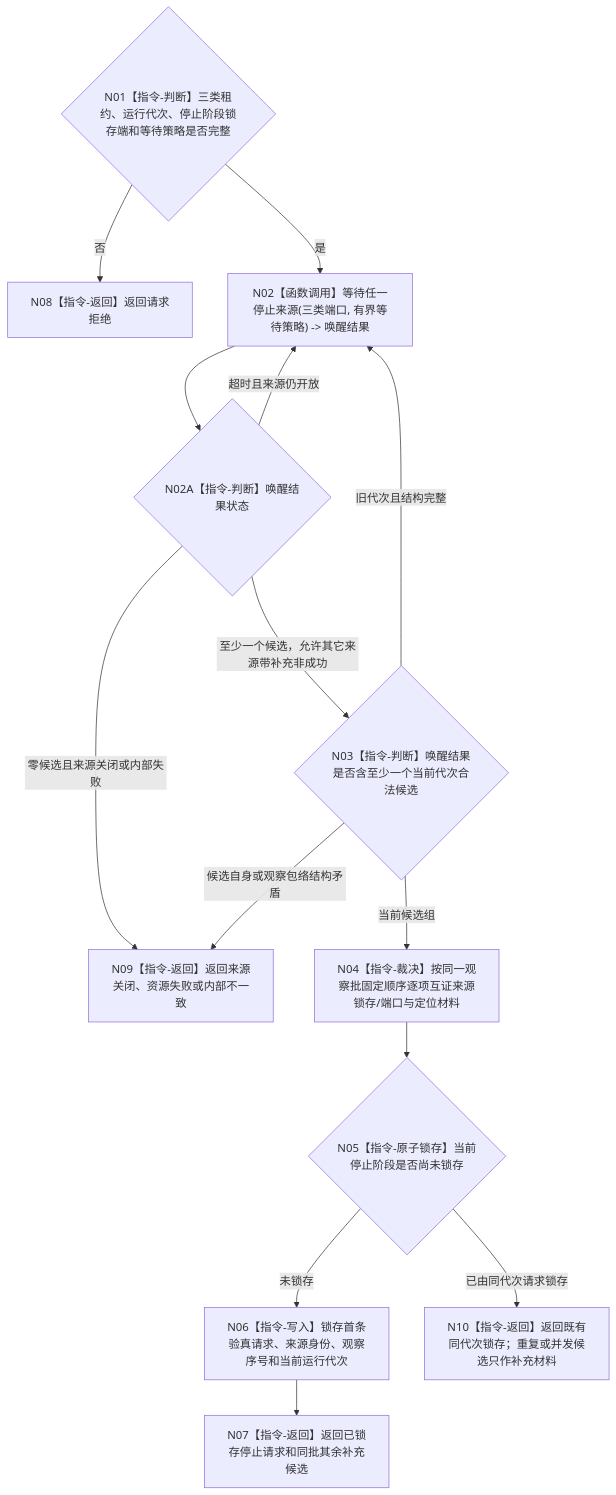
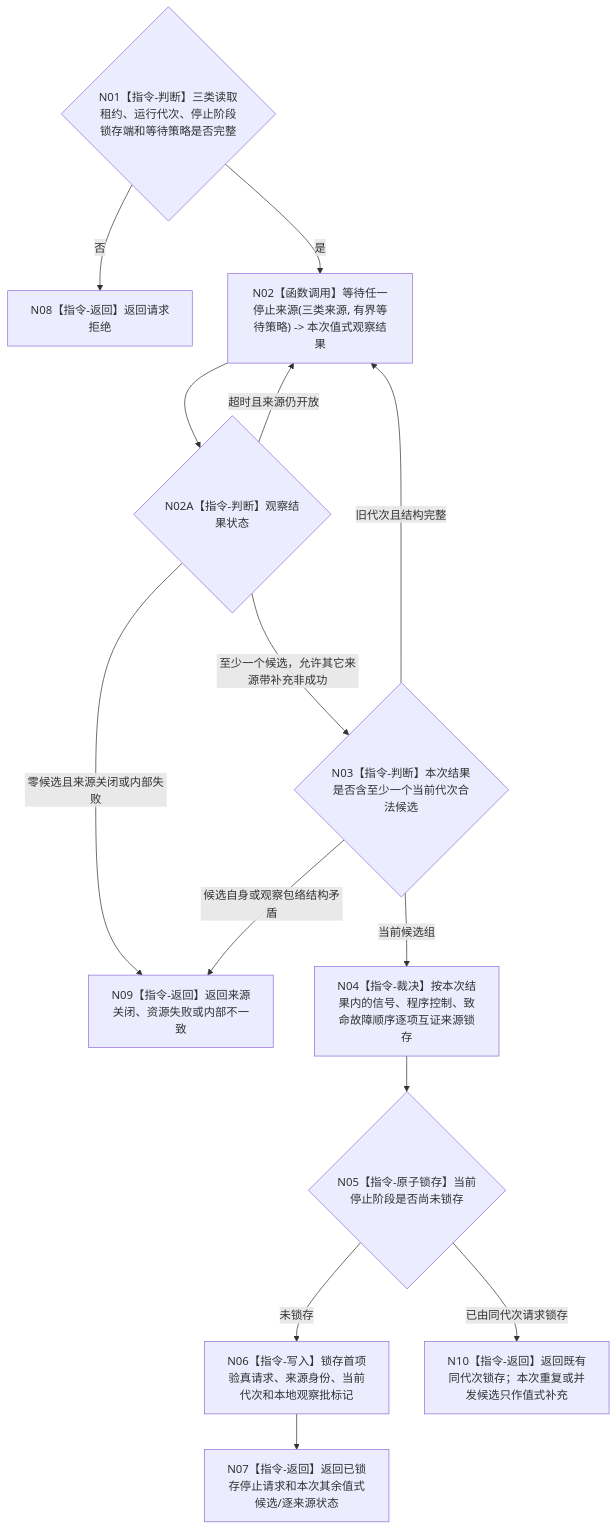
Before and after one commit to chunhaizh-cyber/HY-Ego: the diagram in 流程图/目标业务流程图/L2/BIZ-L2-001-10_等待程序停止请求_目标函数流程图_v0.1.md, drawn with Mermaid. The commit also changed other lines of this file and 14 other files, not shown here.

````diff
--- a/流程图/目标业务流程图/L2/BIZ-L2-001-10_等待程序停止请求_目标函数流程图_v0.1.md
+++ b/流程图/目标业务流程图/L2/BIZ-L2-001-10_等待程序停止请求_目标函数流程图_v0.1.md
@@ -31,25 +31,25 @@
 ```mermaid
 flowchart TD
-    N01{"N01【指令-判断】三类租约、运行代次、停止阶段锁存端和等待策略是否完整"}
-    N02["N02【函数调用】等待任一停止来源(三类端口, 有界等待策略) -> 唤醒结果"]
-    N02A{"N02A【指令-判断】唤醒结果状态"}
-    N03{"N03【指令-判断】唤醒结果是否含至少一个当前代次合法候选"}
-    N04["N04【指令-裁决】按同一观察批固定顺序逐项互证来源锁存/端口与定位材料"]
+    N01{"N01【指令-判断】三类读取租约、运行代次、停止阶段锁存端和等待策略是否完整"}
+    N02["N02【函数调用】等待任一停止来源(三类来源, 有界等待策略) -> 本次值式观察结果"]
+    N02A{"N02A【指令-判断】观察结果状态"}
+    N03{"N03【指令-判断】本次结果是否含至少一个当前代次合法候选"}
+    N04["N04【指令-裁决】按本次结果内的信号、程序控制、致命故障顺序逐项互证来源锁存"]
     N05{"N05【指令-原子锁存】当前停止阶段是否尚未锁存"}
-    N06["N06【指令-写入】锁存首条验真请求、来源身份、观察序号和当前运行代次"]
-    N07["N07【指令-返回】返回已锁存停止请求和同批其余补充候选"]
+    N06["N06【指令-写入】锁存首项验真请求、来源身份、当前代次和本地观察批标记"]
+    N07["N07【指令-返回】返回已锁存停止请求和本次其余值式候选/逐来源状态"]
     N08["N08【指令-返回】返回请求拒绝"]
     N09["N09【指令-返回】返回来源关闭、资源失败或内部不一致"]
-    N10["N10【指令-返回】返回既有同代次锁存；重复或并发候选只作补充材料"]
+    N10["N10【指令-返回】返回既有同代次锁存；本次重复或并发候选只作值式补充"]
 
     N01 -->|否| N08
     N01 -->|是| N02 --> N02A
     N02A -->|超时且来源仍开放| N02
     N02A -->|零候选且来源关闭或内部失败| N09
     N02A -->|至少一个候选，允许其它来源带补充非成功| N03
     N03 -->|旧代次且结构完整| N02
     N03 -->|候选自身或观察包络结构矛盾| N09
     N03 -->|当前候选组| N04 --> N05
     N05 -->|未锁存| N06 --> N07
     N05 -->|已由同代次请求锁存| N10
 ```
````
